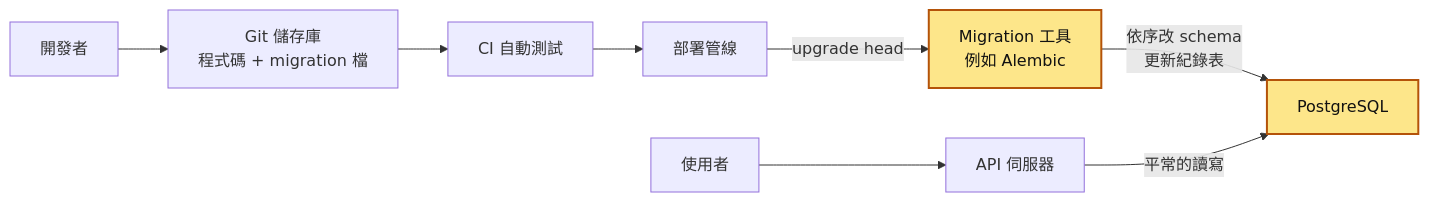
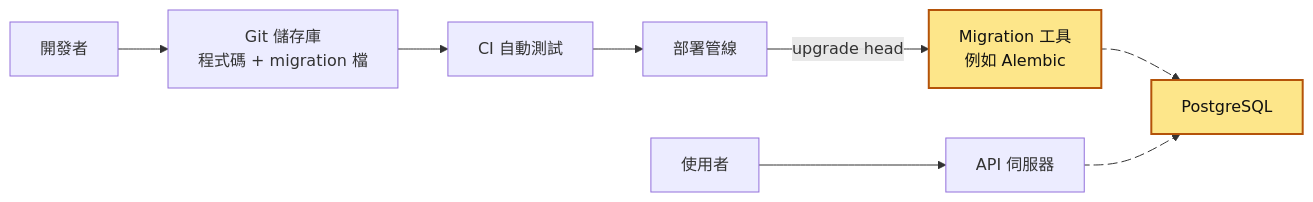
The first of 8 diagrams in docs/15-資料庫遷移.md (TLOGBen/BackendBook), drawn with Mermaid before and after one commit. The commit also changed other lines of this file and 125 other files, not shown here.

First line of the commit message:
新人教材：擴充到 59 篇，每篇加上互動主圖、核心理念與閱讀前知識

````diff
--- a/docs/15-資料庫遷移.md
+++ b/docs/15-資料庫遷移.md
@@ -60,12 +91,14 @@
 ```mermaid
 flowchart LR
     Dev["開發者"] --> Git["Git 儲存庫<br/>程式碼 + migration 檔"]
     Git --> CI["CI 自動測試"]
     CI --> Deploy["部署管線"]
     Deploy -->|"upgrade head"| Tool["Migration 工具<br/>例如 Alembic"]
-    Tool -->|"依序改 schema<br/>更新紀錄表"| DB["PostgreSQL"]
+    Tool e1@--> DB["PostgreSQL"]
     U["使用者"] --> API["API 伺服器"]
-    API -->|"平常的讀寫"| DB
+    API e2@--> DB
+    e1@{ animate: true }
+    e2@{ animate: true }
     classDef hot fill:#fde68a,stroke:#b45309,stroke-width:2px,color:#111
     class Tool,DB hot
 ```
````
